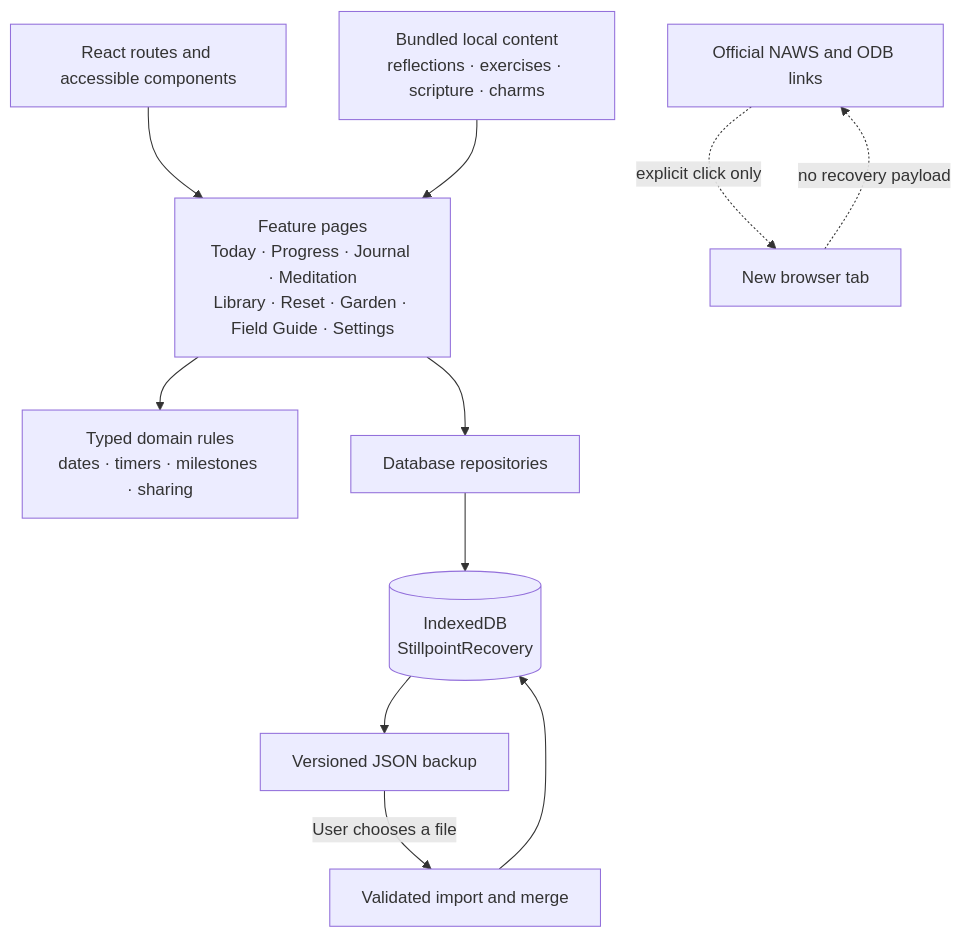
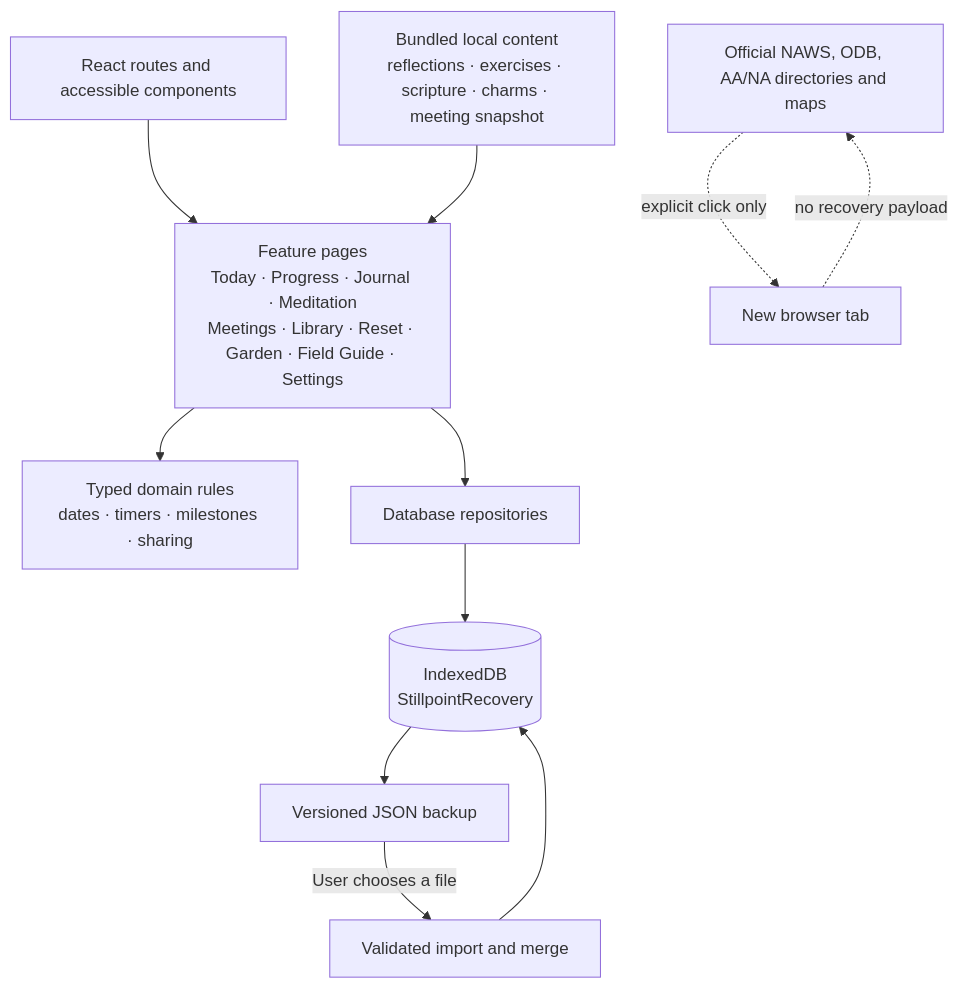
Before and after one commit to mcochranca-code/stillpoint-recovery: the second of 4 diagrams in README.md, drawn with Mermaid. The commit also changed other lines of this file and 20 other files, not shown here.

Commit message:
Add local meetings and phase-synced breathing

````diff
--- a/README.md
+++ b/README.md
@@ -124,13 +128,13 @@
 ```mermaid
 flowchart TD
-    UI[React routes and accessible components] --> Features[Feature pages\nToday · Progress · Journal · Meditation\nLibrary · Reset · Garden · Field Guide · Settings]
+    UI[React routes and accessible components] --> Features[Feature pages\nToday · Progress · Journal · Meditation\nMeetings · Library · Reset · Garden · Field Guide · Settings]
     Features --> Domain[Typed domain rules\ndates · timers · milestones · sharing]
     Features --> Repositories[Database repositories]
     Repositories --> IndexedDB[(IndexedDB\nStillpointRecovery)]
-    Static[Bundled local content\nreflections · exercises · scripture · charms] --> Features
+    Static[Bundled local content\nreflections · exercises · scripture · charms · meeting snapshot] --> Features
     IndexedDB --> Backup[Versioned JSON backup]
     Backup -->|User chooses a file| Restore[Validated import and merge]
     Restore --> IndexedDB
-    External[Official NAWS and ODB links] -. explicit click only .-> Browser[New browser tab]
+    External[Official NAWS, ODB, AA/NA directories and maps] -. explicit click only .-> Browser[New browser tab]
     Browser -. no recovery payload .-> External
 ```
````
